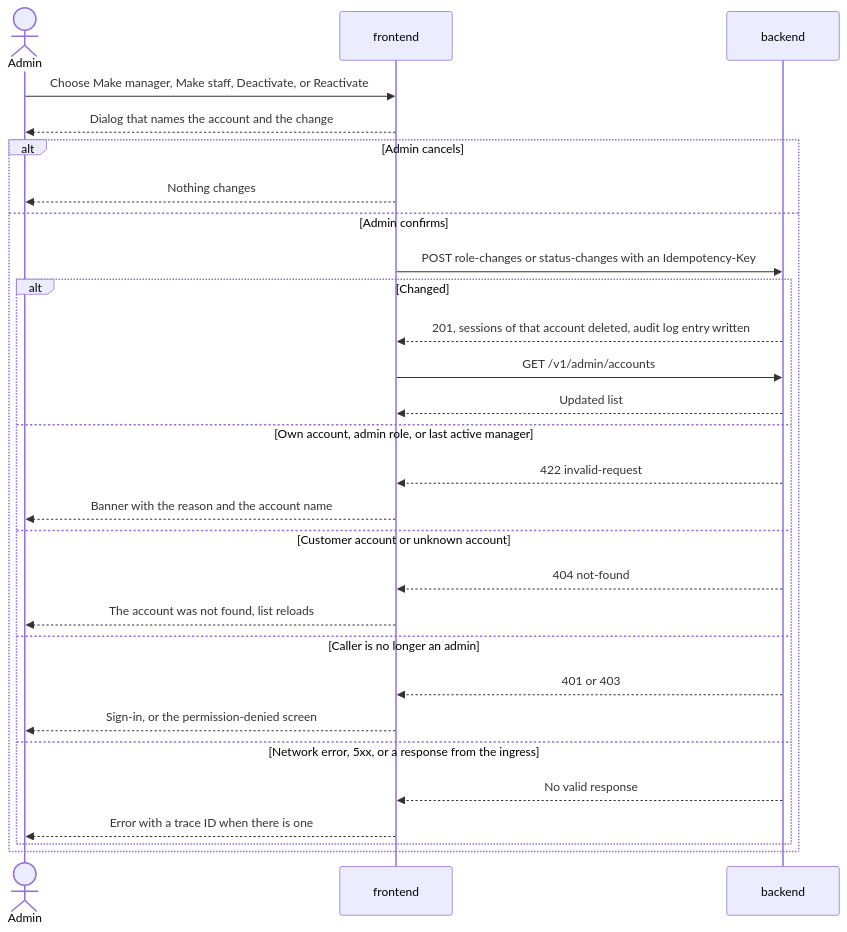
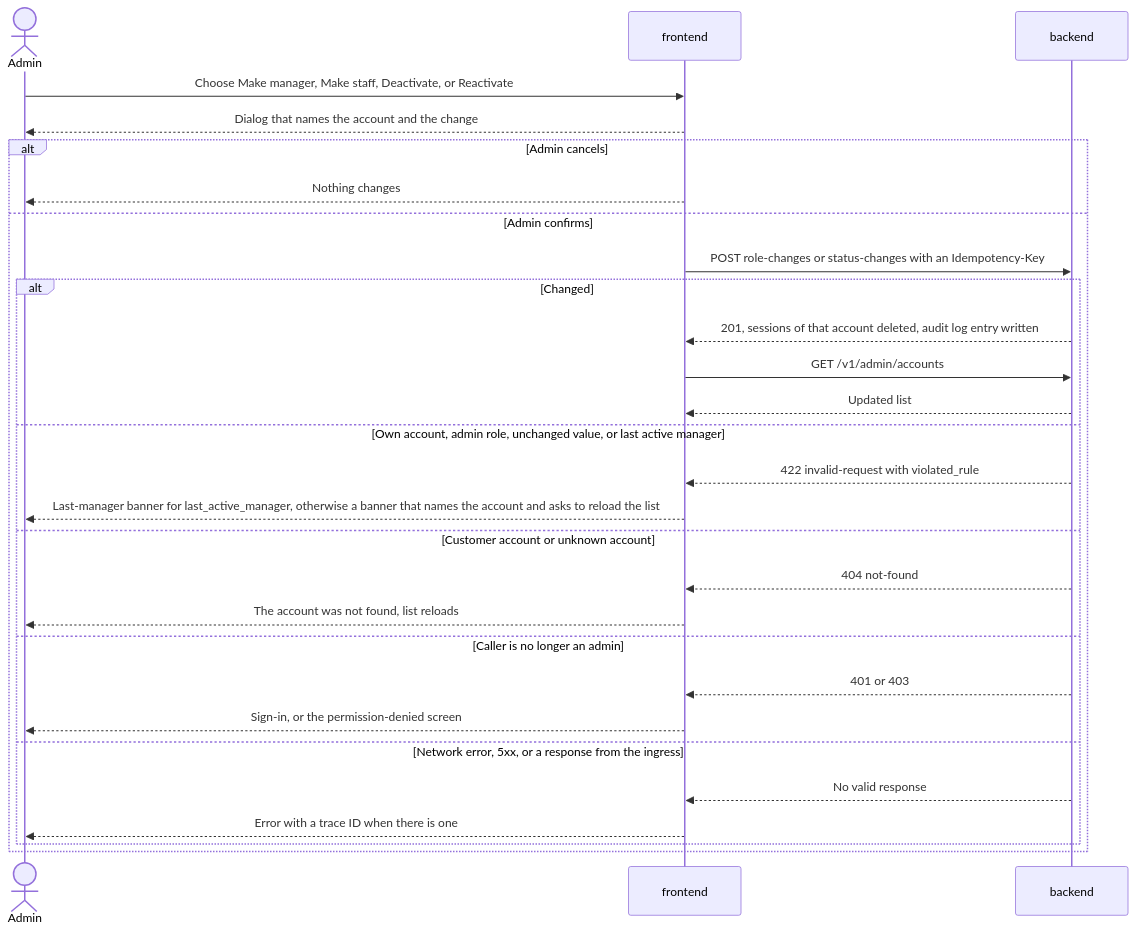
The diagram in docs/design/admin-ui.md (ml-system-design-nhom-5/SupportIQ), drawn with Mermaid before and after one commit. The commit also changed other lines of this file and 11 other files, not shown here.

````diff
--- a/docs/design/admin-ui.md
+++ b/docs/design/admin-ui.md
@@ -105,30 +106,30 @@
 ```mermaid
 sequenceDiagram
     actor Admin
     participant FE as frontend
     participant BE as backend
     Admin->>FE: Choose Make manager, Make staff, Deactivate, or Reactivate
     FE-->>Admin: Dialog that names the account and the change
     alt Admin cancels
         FE-->>Admin: Nothing changes
     else Admin confirms
         FE->>BE: POST role-changes or status-changes with an Idempotency-Key
         alt Changed
             BE-->>FE: 201, sessions of that account deleted, audit log entry written
             FE->>BE: GET /v1/admin/accounts
             BE-->>FE: Updated list
-        else Own account, admin role, or last active manager
-            BE-->>FE: 422 invalid-request
-            FE-->>Admin: Banner with the reason and the account name
+        else Own account, admin role, unchanged value, or last active manager
+            BE-->>FE: 422 invalid-request with violated_rule
+            FE-->>Admin: Last-manager banner for last_active_manager, otherwise a banner that names the account and asks to reload the list
         else Customer account or unknown account
             BE-->>FE: 404 not-found
             FE-->>Admin: The account was not found, list reloads
         else Caller is no longer an admin
             BE-->>FE: 401 or 403
             FE-->>Admin: Sign-in, or the permission-denied screen
         else Network error, 5xx, or a response from the ingress
             BE-->>FE: No valid response
             FE-->>Admin: Error with a trace ID when there is one
         end
     end
 ```
````
